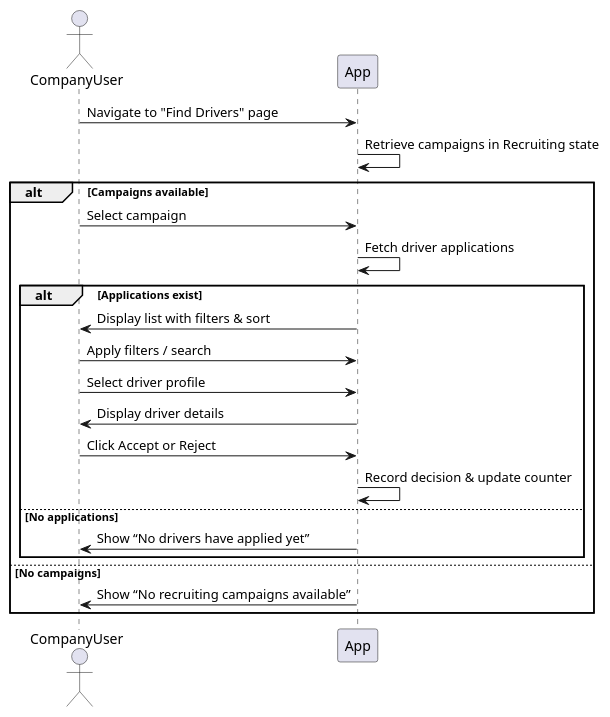
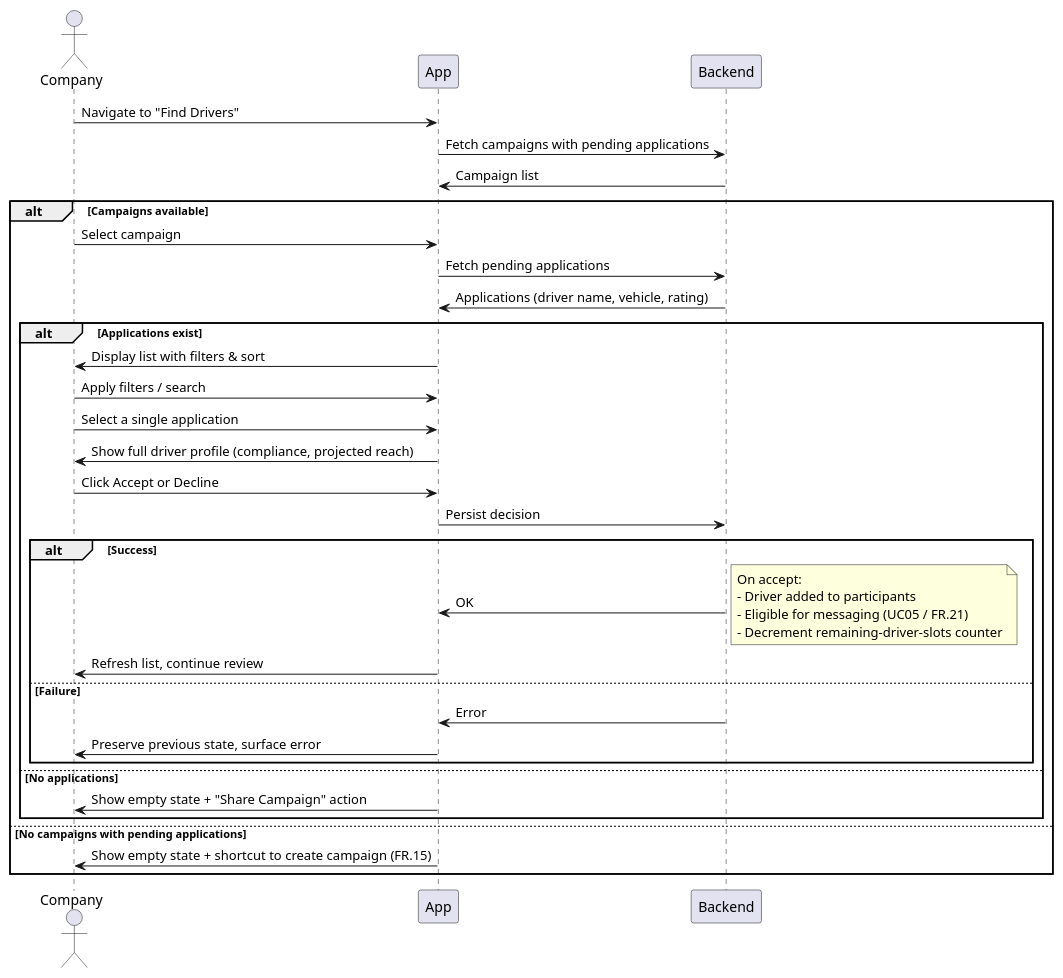
One commit to TheXik/Ad-on-Wheels changed the diagram in DOCS/Usecases/Company/FindDriversForAdCampaign/FindDriversForAD.puml. Above: the diagram before and after it, drawn with PlantUML. The commit also changed 19 other files, not shown here.

Commit message:
docs: update puml diagrams and the svg

```diff
--- a/DOCS/Usecases/Company/FindDriversForAdCampaign/FindDriversForAD.puml
+++ b/DOCS/Usecases/Company/FindDriversForAdCampaign/FindDriversForAD.puml
@@ -1,26 +1,43 @@
 @startuml FindDriversForAdCampaign
-actor CompanyUser
+actor Company
 
-CompanyUser -> App : Navigate to "Find Drivers" page
-App -> App : Retrieve campaigns in Recruiting state
+Company -> App : Navigate to "Find Drivers"
+App -> Backend : Fetch campaigns with pending applications
+Backend -> App : Campaign list
 
 alt Campaigns available
-    CompanyUser -> App : Select campaign
-    App -> App : Fetch driver applications
+    Company -> App : Select campaign
+    App -> Backend : Fetch pending applications
+    Backend -> App : Applications (driver name, vehicle, rating)
 
     alt Applications exist
-        App -> CompanyUser : Display list with filters & sort
-        CompanyUser -> App : Apply filters / search
-        CompanyUser -> App : Select driver profile
-        App -> CompanyUser : Display driver details
-        CompanyUser -> App : Click Accept or Reject
-        App -> App : Record decision & update counter
+        App -> Company : Display list with filters & sort
+        Company -> App : Apply filters / search
+        Company -> App : Select a single application
+        App -> Company : Show full driver profile (compliance, projected reach)
+        Company -> App : Click Accept or Decline
+        App -> Backend : Persist decision
+
+        alt Success
+            Backend -> App : OK
+            note right
+                On accept:
+                - Driver added to participants
+                - Eligible for messaging (UC05 / FR.21)
+                - Decrement remaining-driver-slots counter
+            end note
+            App -> Company : Refresh list, continue review
+        else Failure
+            Backend -> App : Error
+            App -> Company : Preserve previous state, surface error
+        end
+
     else No applications
-        App -> CompanyUser : Show “No drivers have applied yet”
+        App -> Company : Show empty state + "Share Campaign" action
     end
 
-else No campaigns
-    App -> CompanyUser : Show “No recruiting campaigns available”
+else No campaigns with pending applications
+    App -> Company : Show empty state + shortcut to create campaign (FR.15)
 end
 
 @enduml
```
